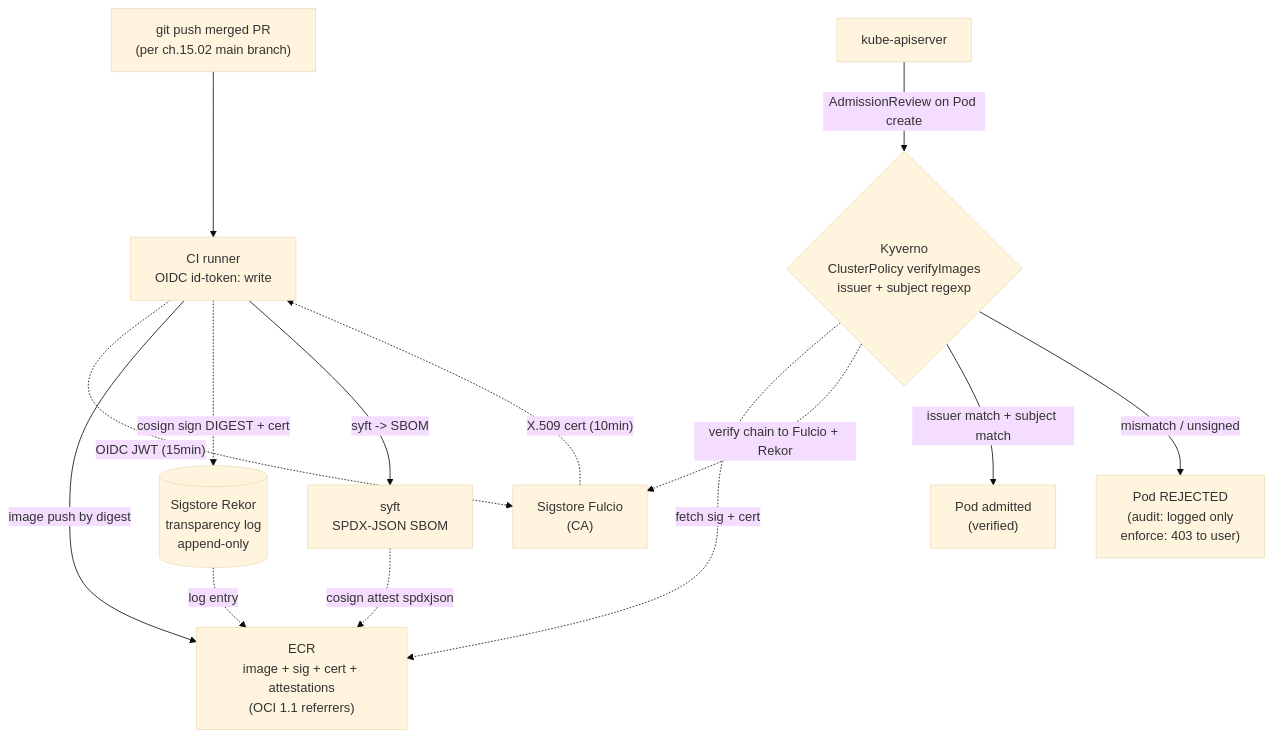
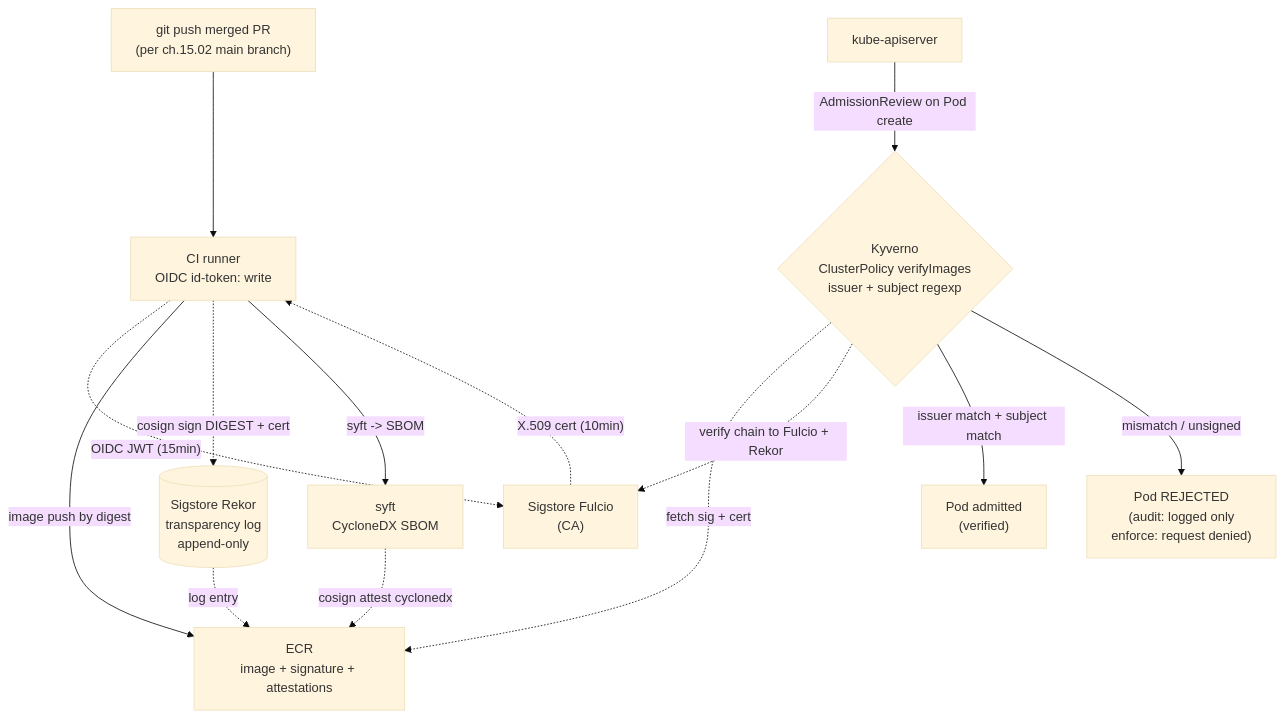
One commit to abd-ulbasit/bookstore-kubernetes-guide changed the diagram in full-guide/15-day-to-day-production-ops/03-image-signing-and-provenance.md. Above: the diagram before and after it, drawn with Mermaid (base theme). The commit also changed other lines of this file, not shown here.

````diff
--- a/full-guide/15-day-to-day-production-ops/03-image-signing-and-provenance.md
+++ b/full-guide/15-day-to-day-production-ops/03-image-signing-and-provenance.md
@@ -172,28 +159,28 @@
 ```mermaid
 flowchart TD
     push["git push merged PR<br/>(per ch.15.02 main branch)"]
     runner["CI runner<br/>OIDC id-token: write"]
     fulcio["Sigstore Fulcio<br/>(CA)"]
     rekor[("Sigstore Rekor<br/>transparency log<br/>append-only")]
-    ecr["ECR<br/>image + sig + cert + attestations<br/>(OCI 1.1 referrers)"]
-    syft["syft<br/>SPDX-JSON SBOM"]
+    ecr["ECR<br/>image + signature + attestations"]
+    syft["syft<br/>CycloneDX SBOM"]
     apiserver["kube-apiserver"]
     kyverno{"Kyverno<br/>ClusterPolicy verifyImages<br/>issuer + subject regexp"}
     pod["Pod admitted<br/>(verified)"]
-    reject["Pod REJECTED<br/>(audit: logged only<br/>enforce: 403 to user)"]
+    reject["Pod REJECTED<br/>(audit: logged only<br/>enforce: request denied)"]
 
     push --> runner
     runner -.->|"OIDC JWT (15min)"| fulcio
     fulcio -.->|"X.509 cert (10min)"| runner
     runner -->|"image push by digest"| ecr
     runner -.->|"cosign sign DIGEST + cert"| rekor
     rekor -.->|"log entry"| ecr
     runner -->|"syft -> SBOM"| syft
-    syft -.->|"cosign attest spdxjson"| ecr
+    syft -.->|"cosign attest cyclonedx"| ecr
 
     apiserver -->|"AdmissionReview on Pod create"| kyverno
     kyverno -.->|"fetch sig + cert"| ecr
     kyverno -.->|"verify chain to Fulcio + Rekor"| fulcio
     kyverno -- "issuer match + subject match" --> pod
     kyverno -- "mismatch / unsigned" --> reject
 ```
````
